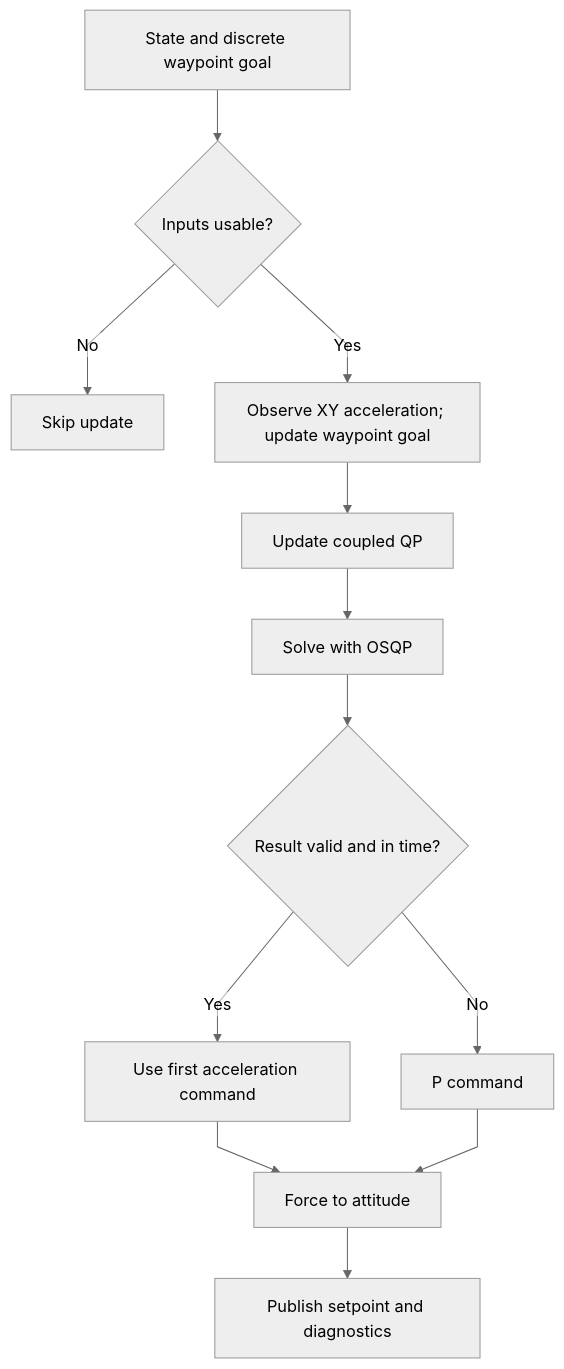
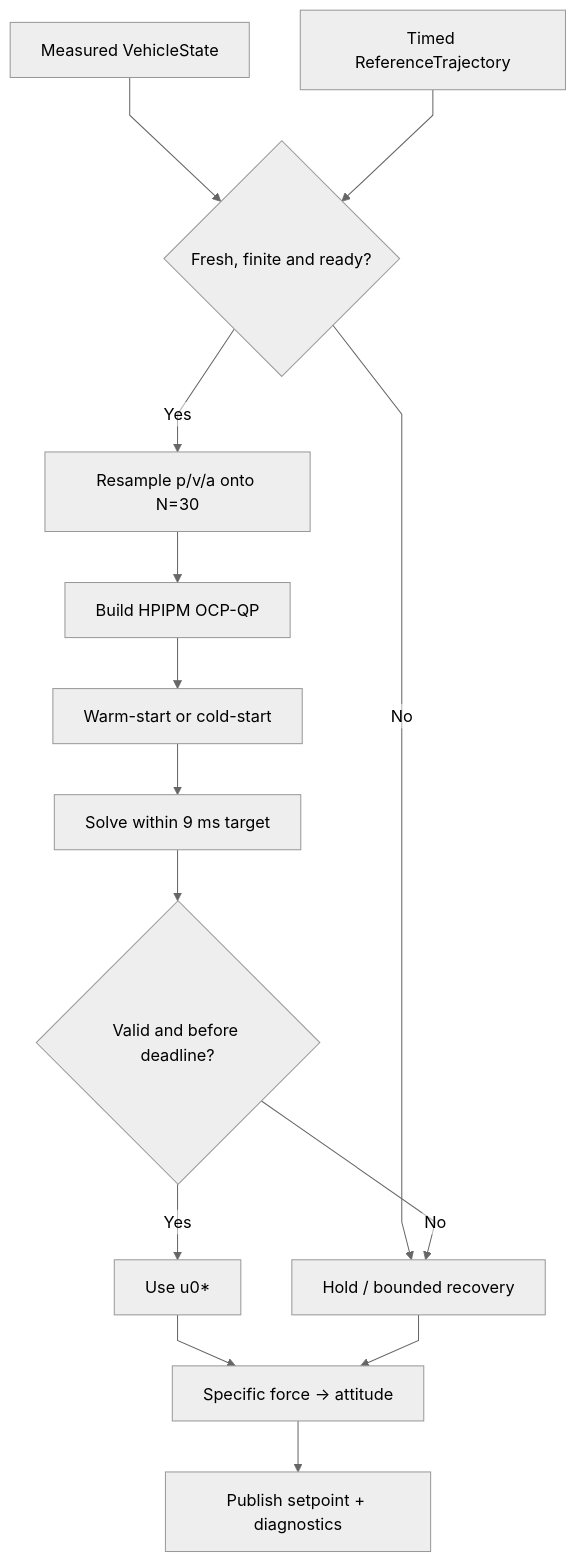
Before and after one commit to bluemoonfake/mpc_control: the third of 4 diagrams in README.md, drawn with Mermaid (neutral theme). The commit also changed other lines of this file and 81 other files, not shown here.

````diff
--- a/README.md
+++ b/README.md
@@ -49,15 +98,17 @@
 ```mermaid
 %%{init: {"flowchart": {"curve": "linear", "htmlLabels": false}}}%%
 flowchart TD
-    Input["State and discrete waypoint goal"] --> Gate{"Inputs usable?"}
-    Gate -->|No| Skip["Skip update"]
-    Gate -->|Yes| Prepare["Observe XY acceleration; update waypoint goal"]
-    Prepare --> QP["Update coupled QP"]
-    QP --> Solve["Solve with OSQP"]
-    Solve --> Check{"Result valid and in time?"}
-    Check -->|Yes| Command["Use first acceleration command"]
-    Check -->|No| Recovery["P command"]
-    Command --> Map["Force to attitude"]
+    State["Measured VehicleState"] --> Gate{"Fresh, finite and ready?"}
+    Ref["Timed ReferenceTrajectory"] --> Gate
+    Gate -->|No| Recovery["Hold / bounded recovery"]
+    Gate -->|Yes| Sample["Resample p/v/a onto N=30"]
+    Sample --> QP["Build HPIPM OCP-QP"]
+    QP --> Warm["Warm-start or cold-start"]
+    Warm --> Solve["Solve within 9 ms target"]
+    Solve --> Check{"Valid and before deadline?"}
+    Check -->|Yes| U["Use u0*"]
+    Check -->|No| Recovery
+    U --> Map["Specific force → attitude"]
     Recovery --> Map
-    Map --> Publish["Publish setpoint and diagnostics"]
+    Map --> Publish["Publish setpoint + diagnostics"]
 ```
````
